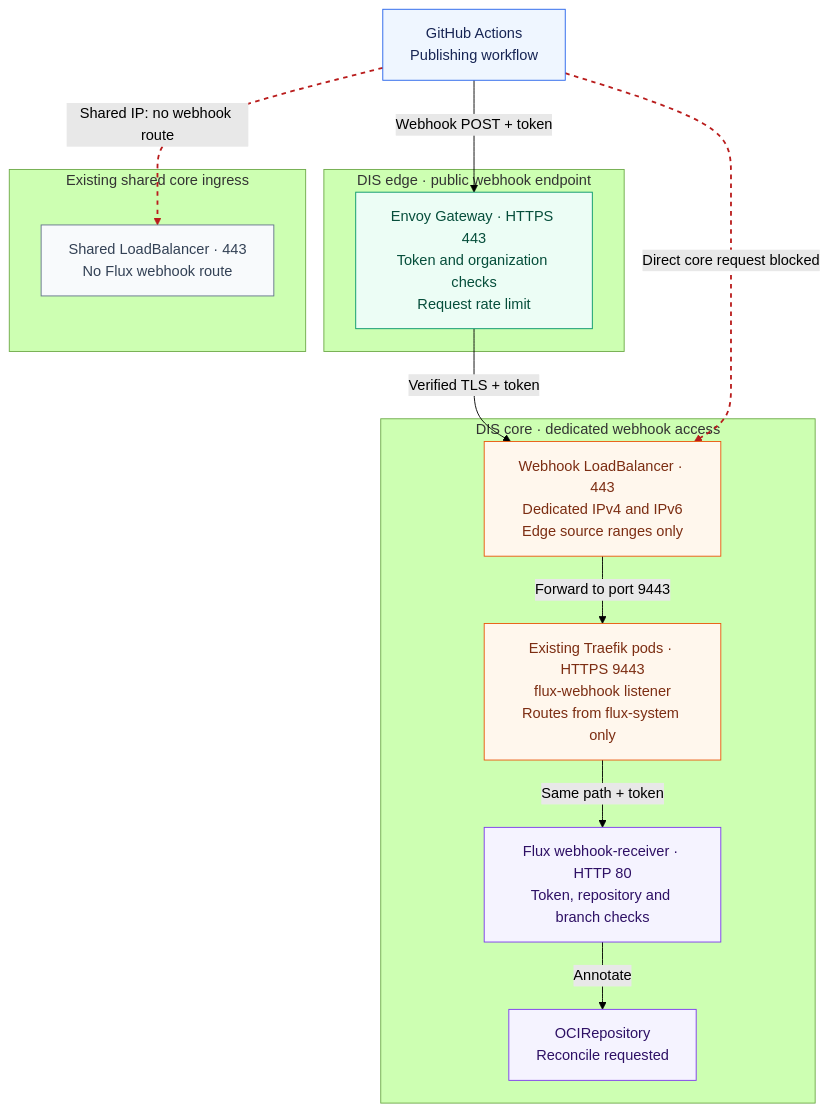
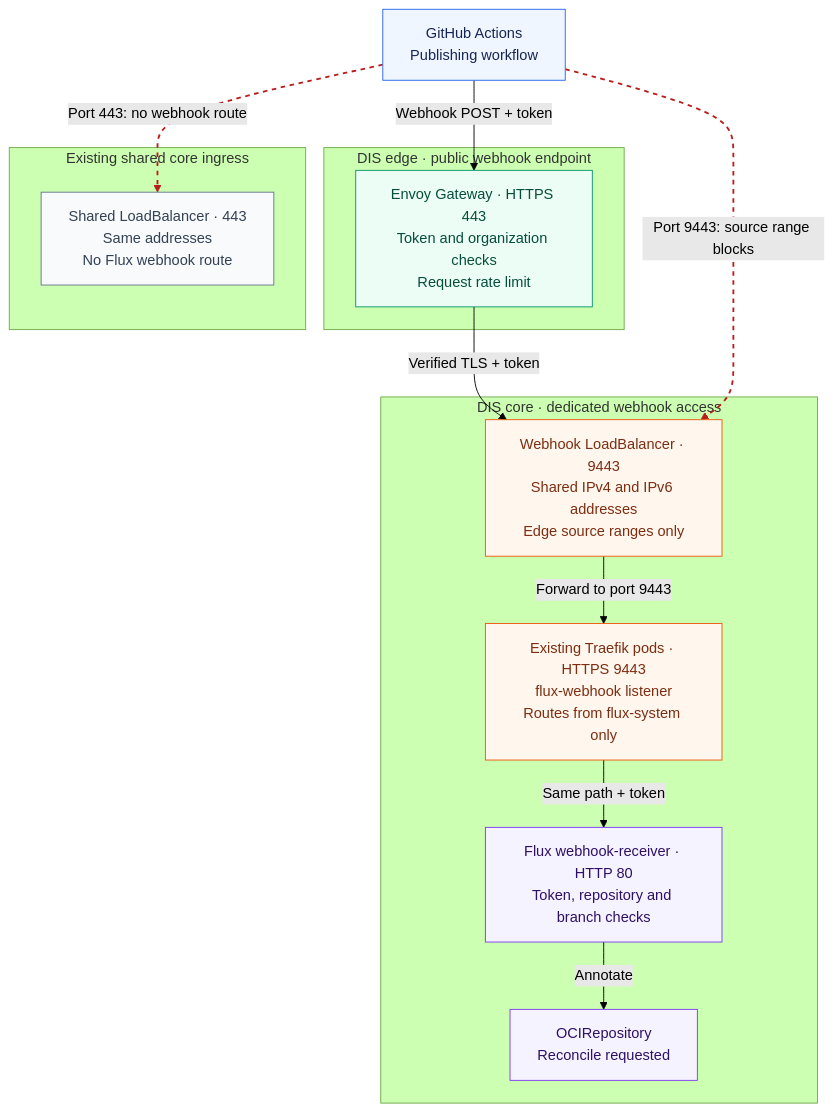
The first of 2 diagrams in rfcs/0017-on-demand-flux-reconcile.md (Altinn/altinn-platform), drawn with Mermaid (forest theme) before and after one commit. The commit also changed other lines of this file, not shown here.

First line of the commit message:
docs(rfcs): put the RFC 0017 webhook Service on the shared core addresses

````diff
--- a/rfcs/0017-on-demand-flux-reconcile.md
+++ b/rfcs/0017-on-demand-flux-reconcile.md
@@ -153,49 +154,50 @@
 ```mermaid
 flowchart TB
     workflow["`GitHub Actions
 Publishing workflow`"]
 
     subgraph edgeCluster["DIS edge · public webhook endpoint"]
         edgeGateway["`Envoy Gateway · HTTPS 443
 Token and organization checks
 Request rate limit`"]
     end
 
     subgraph coreCluster["DIS core · dedicated webhook access"]
-        webhookService["`Webhook LoadBalancer · 443
-Dedicated IPv4 and IPv6
+        webhookService["`Webhook LoadBalancer · 9443
+Shared IPv4 and IPv6 addresses
 Edge source ranges only`"]
         traefik["`Existing Traefik pods · HTTPS 9443
 flux-webhook listener
 Routes from flux-system only`"]
         receiver["`Flux webhook-receiver · HTTP 80
 Token, repository and branch checks`"]
         source["`OCIRepository
 Reconcile requested`"]
     end
 
     subgraph sharedIngress["Existing shared core ingress"]
         sharedService["`Shared LoadBalancer · 443
+Same addresses
 No Flux webhook route`"]
     end
 
     workflow -->|"Webhook POST + token"| edgeGateway
     edgeGateway -->|"Verified TLS + token"| webhookService
     webhookService -->|"Forward to port 9443"| traefik
     traefik -->|"Same path + token"| receiver
     receiver -->|"Annotate"| source
-    workflow -. "Direct core request blocked" .-> webhookService
-    workflow -. "Shared IP: no webhook route" .-> sharedService
+    workflow -. "Port 9443: source range blocks" .-> webhookService
+    workflow -. "Port 443: no webhook route" .-> sharedService
 
     classDef client fill:#eff6ff,stroke:#2563eb,color:#172554
     classDef gateway fill:#ecfdf5,stroke:#059669,color:#064e3b
     classDef restricted fill:#fff7ed,stroke:#ea580c,color:#7c2d12
     classDef flux fill:#f5f3ff,stroke:#7c3aed,color:#2e1065
     classDef shared fill:#f8fafc,stroke:#64748b,color:#334155
     class workflow client
     class edgeGateway gateway
     class webhookService,traefik restricted
     class receiver,source flux
     class sharedService shared
     linkStyle 5,6 stroke:#b91c1c,stroke-width:2px,stroke-dasharray:5 5
 ```
````
